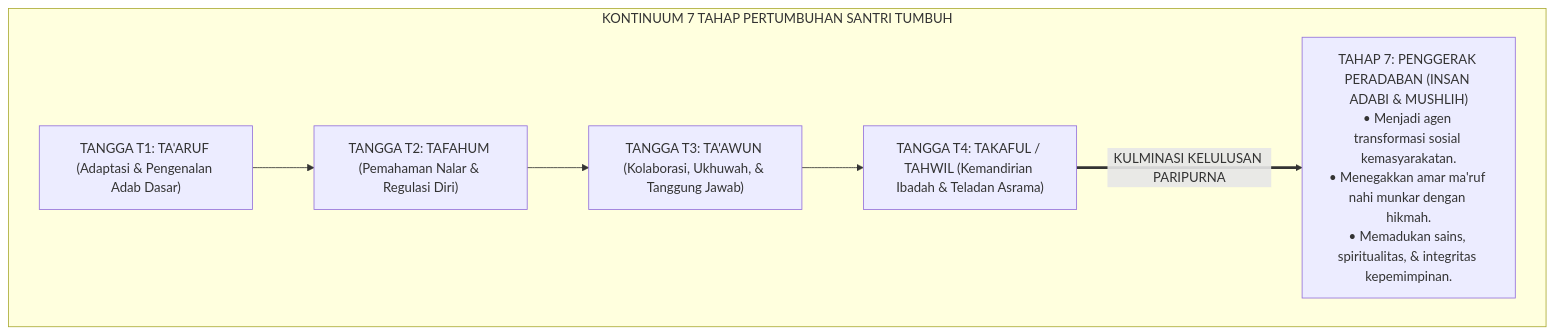
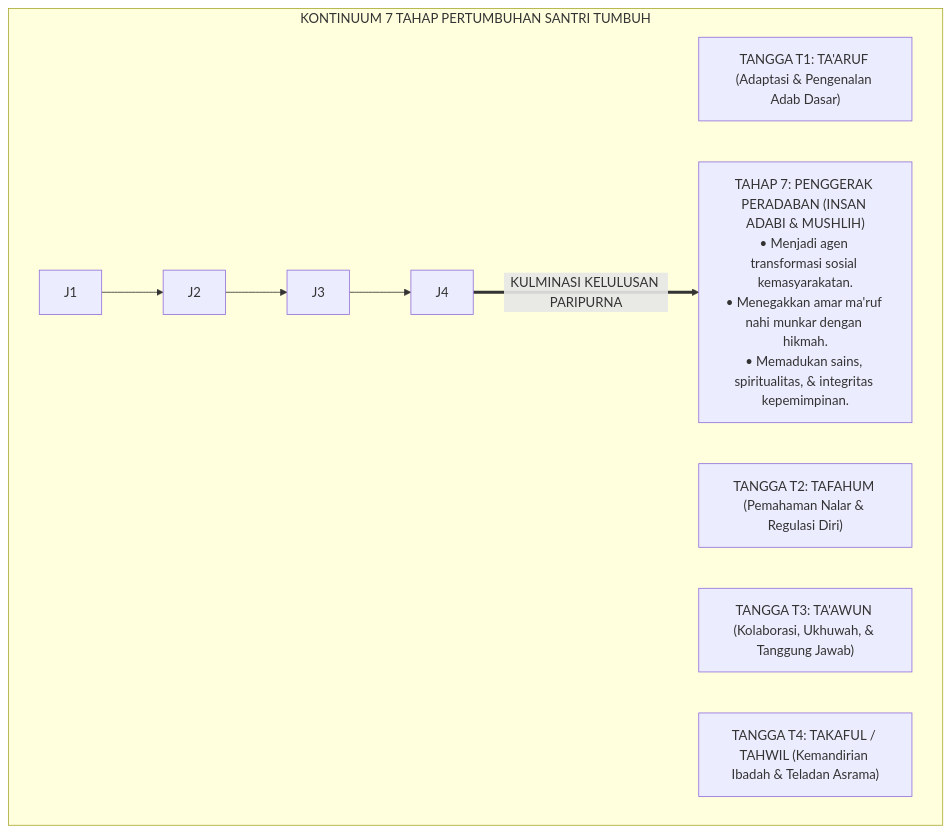
The first of 4 diagrams in 01 Philosophy/03 Human Development/P1-03-06-Puncak-Aktualisasi-Insan-Adabi-Tahap-7.md (wandiapriliyandi/tumbuh), drawn with Mermaid before and after one commit. The commit also changed other lines of this file and 209 other files, not shown here.

````diff
--- a/01 Philosophy/03 Human Development/P1-03-06-Puncak-Aktualisasi-Insan-Adabi-Tahap-7.md
+++ b/01 Philosophy/03 Human Development/P1-03-06-Puncak-Aktualisasi-Insan-Adabi-Tahap-7.md
@@ -55,13 +55,13 @@
 ```mermaid
 flowchart TD
     subgraph KontinuumPertumbuhanSantriTUMBUH["KONTINUUM 7 TAHAP PERTUMBUHAN SANTRI TUMBUH"]
         T1["TANGGA T1: TA'ARUF (Adaptasi & Pengenalan Adab Dasar)"]
         T2["TANGGA T2: TAFAHUM (Pemahaman Nalar & Regulasi Diri)"]
         T3["TANGGA T3: TA'AWUN (Kolaborasi, Ukhuwah, & Tanggung Jawab)"]
         T4["TANGGA T4: TAKAFUL / TAHWIL (Kemandirian Ibadah & Teladan Asrama)"]
         
         Tahap7["TAHAP 7: PENGGERAK PERADABAN (INSAN ADABI & MUSHLIH)<br/>• Menjadi agen transformasi sosial kemasyarakatan.<br/>• Menegakkan amar ma'ruf nahi munkar dengan hikmah.<br/>• Memadukan sains, spiritualitas, & integritas kepemimpinan."]
         
-        T1 --> T2 --> T3 --> T4 ==>|KULMINASI KELULUSAN PARIPURNA| Tahap7
+        J1 --> J2 --> J3 --> J4 ==>|KULMINASI KELULUSAN PARIPURNA| Tahap7
     end
 ```
````
